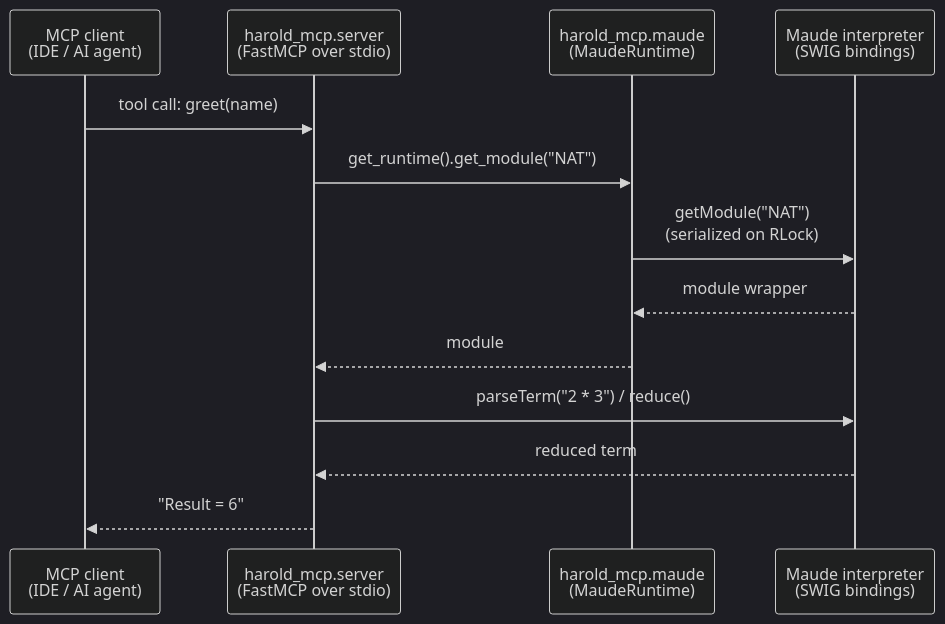
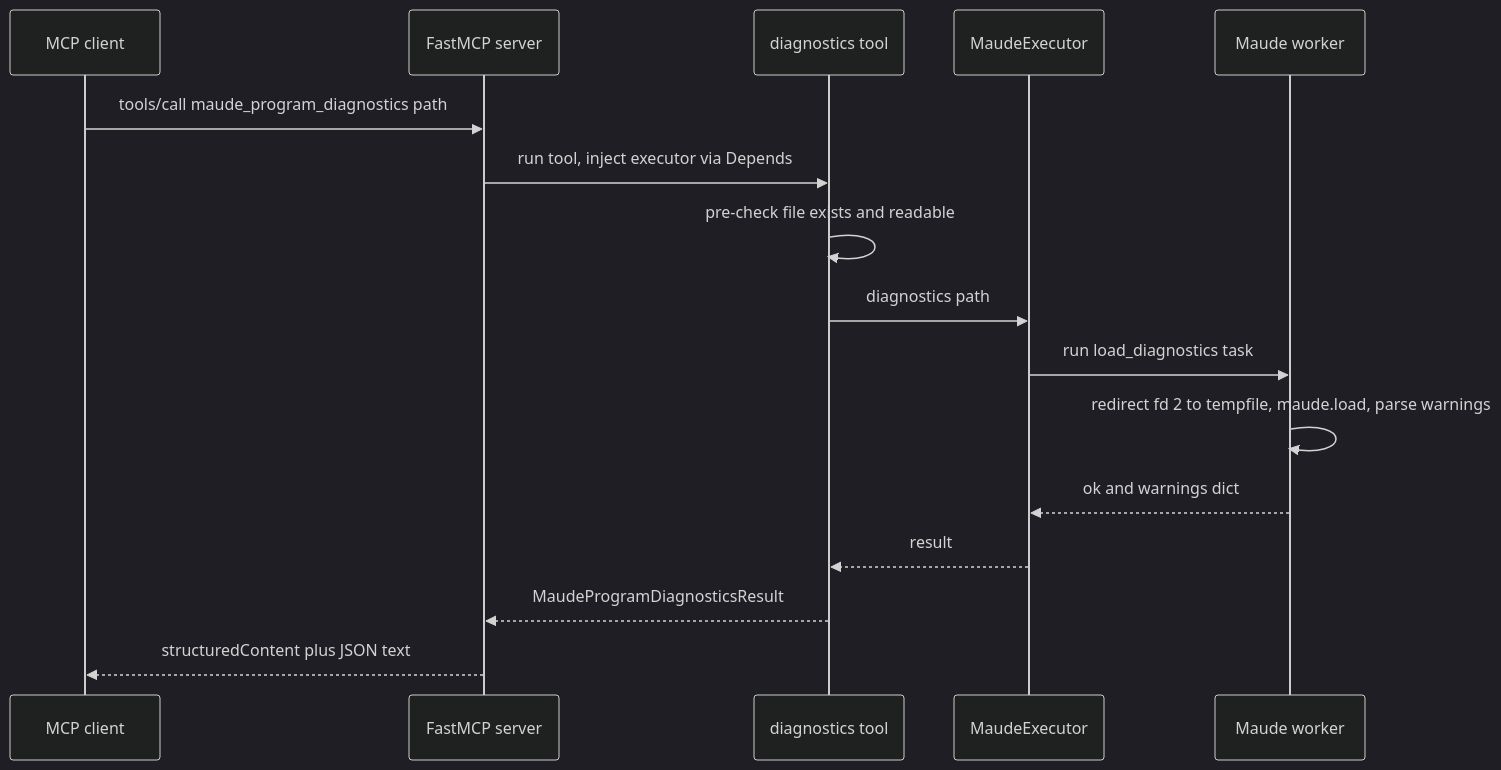
One commit to demiourgoi/Harold changed the diagram in harold-mcp/.agents/summary/interfaces.md. Above: the diagram before and after it, drawn with Mermaid (dark theme). The commit also changed other lines of this file and 11 other files, not shown here.

````diff
--- a/harold-mcp/.agents/summary/interfaces.md
+++ b/harold-mcp/.agents/summary/interfaces.md
@@ -14,15 +24,18 @@
 ```mermaid
 sequenceDiagram
-    participant C as MCP client<br>(IDE / AI agent)
-    participant S as harold_mcp.server<br>(FastMCP over stdio)
-    participant R as harold_mcp.maude<br>(MaudeRuntime)
-    participant M as Maude interpreter<br>(SWIG bindings)
-    C->>S: tool call: greet(name)
-    S->>R: get_runtime().get_module("NAT")
-    R->>M: getModule("NAT")<br>(serialized on RLock)
-    M-->>R: module wrapper
-    R-->>S: module
-    S->>M: parseTerm("2 * 3") / reduce()
-    M-->>S: reduced term
-    S-->>C: "Result = 6"
+    participant C as MCP client
+    participant F as FastMCP server
+    participant T as diagnostics tool
+    participant P as MaudeExecutor
+    participant W as Maude worker
+    C->>F: tools/call maude_program_diagnostics path
+    F->>T: run tool, inject executor via Depends
+    T->>T: pre-check file exists and readable
+    T->>P: diagnostics path
+    P->>W: run load_diagnostics task
+    W->>W: redirect fd 2 to tempfile, maude.load, parse warnings
+    W-->>P: ok and warnings dict
+    P-->>T: result
+    T-->>F: MaudeProgramDiagnosticsResult
+    F-->>C: structuredContent plus JSON text
 ```
````
